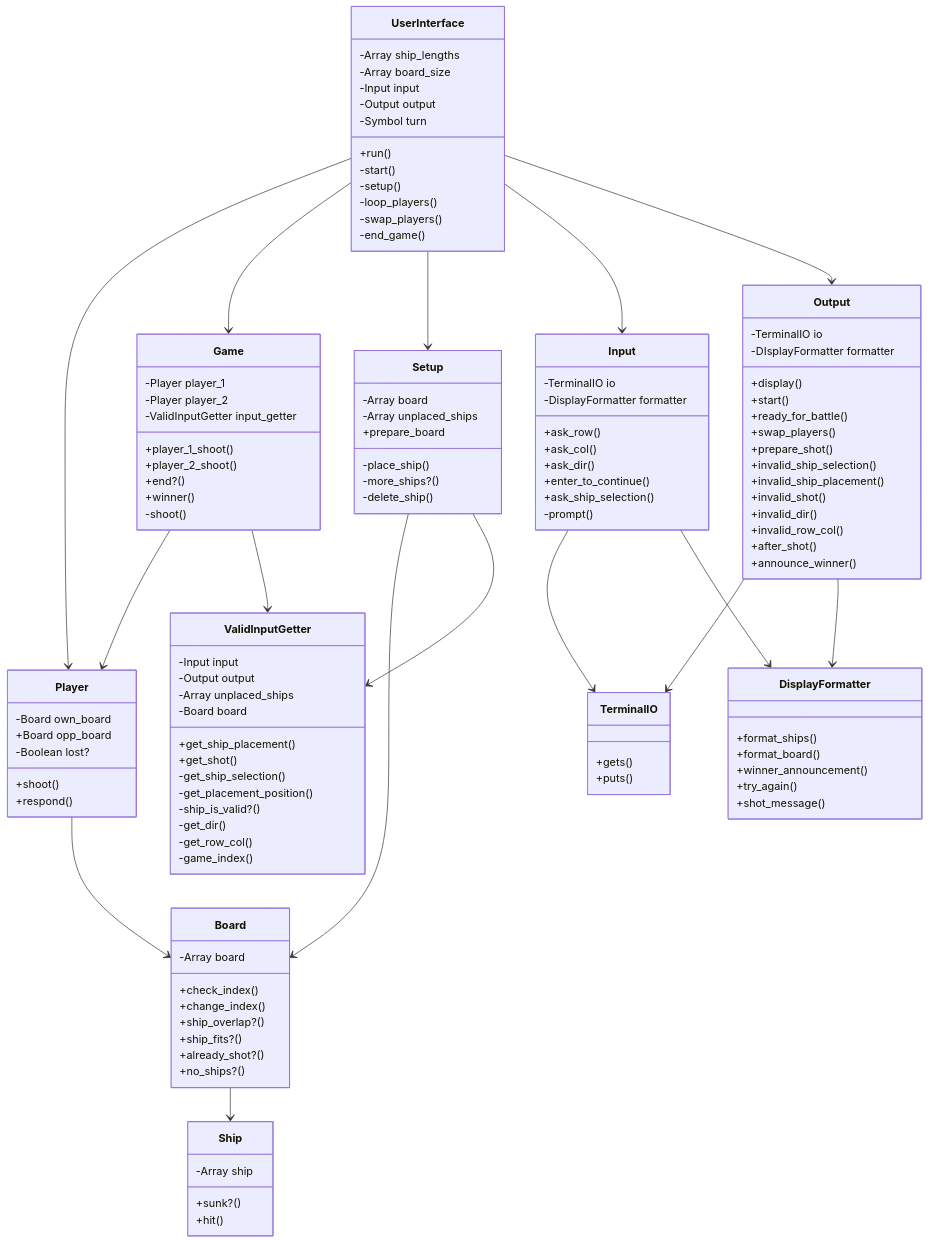
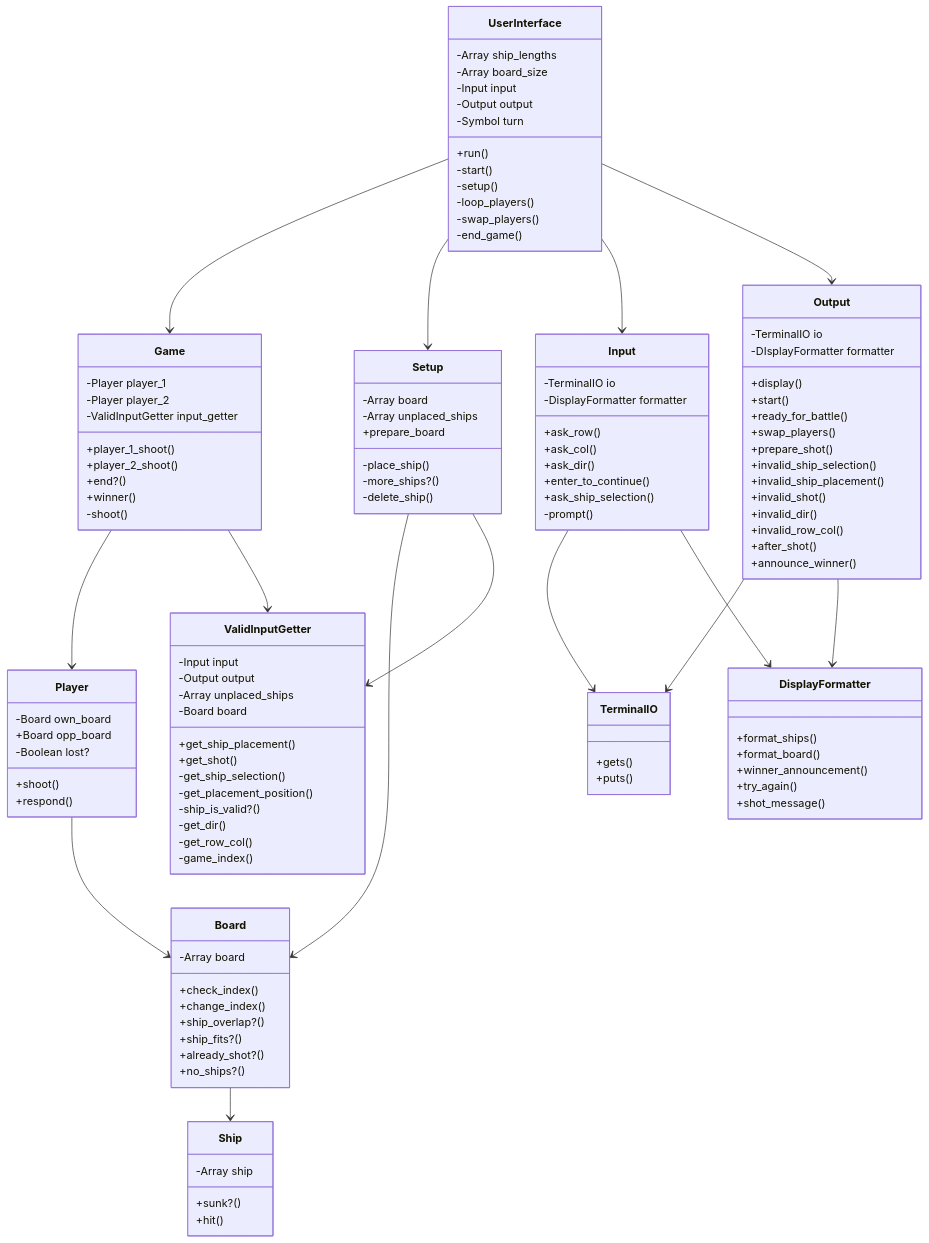
One commit to ritaaktay/battleships changed the diagram in README.md. Above: the diagram before and after it, drawn with Mermaid. The commit also changed 4 other files, not shown here.

Commit message:
removed UserInterface dependency on Player class

```diff
--- a/README.md
+++ b/README.md
@@ -6,7 +6,6 @@
    Player --> Board
    Game --> Player
    Game --> ValidInputGetter
-   UserInterface --> Player
    UserInterface --> Game
    User Interface --> Setup
    UserInterface --> Input
```
